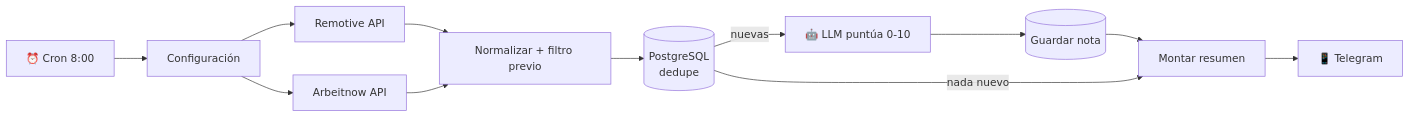
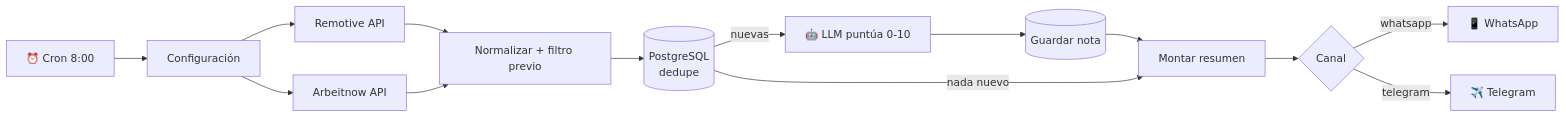
The diagram in README.md (pablopedron/n8n-workflow), drawn with Mermaid before and after one commit. The commit also changed other lines of this file and 12 other files, not shown here.

Commit message:
wip: avisos por WhatsApp

````diff
--- a/README.md
+++ b/README.md
@@ -22,13 +22,15 @@
 ```mermaid
 flowchart LR
     T[⏰ Cron 8:00] --> C[Configuración]
     C --> R[Remotive API]
     C --> A[Arbeitnow API]
     R & A --> N[Normalizar + filtro previo]
     N --> DB[(PostgreSQL<br/>dedupe)]
     DB -->|nuevas| IA[🤖 LLM puntúa 0-10]
     IA --> DB2[(Guardar nota)]
     DB2 --> M[Montar resumen]
     DB -->|nada nuevo| M
-    M --> TG[📱 Telegram]
+    M --> C2{Canal}
+    C2 -->|whatsapp| WA[📱 WhatsApp]
+    C2 -->|telegram| TG[✈️ Telegram]
 ```
````
